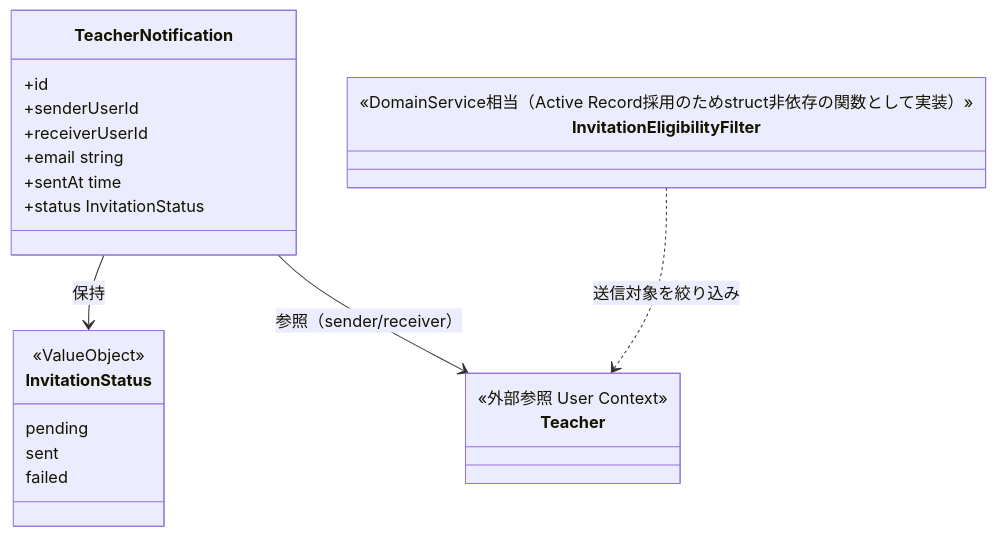
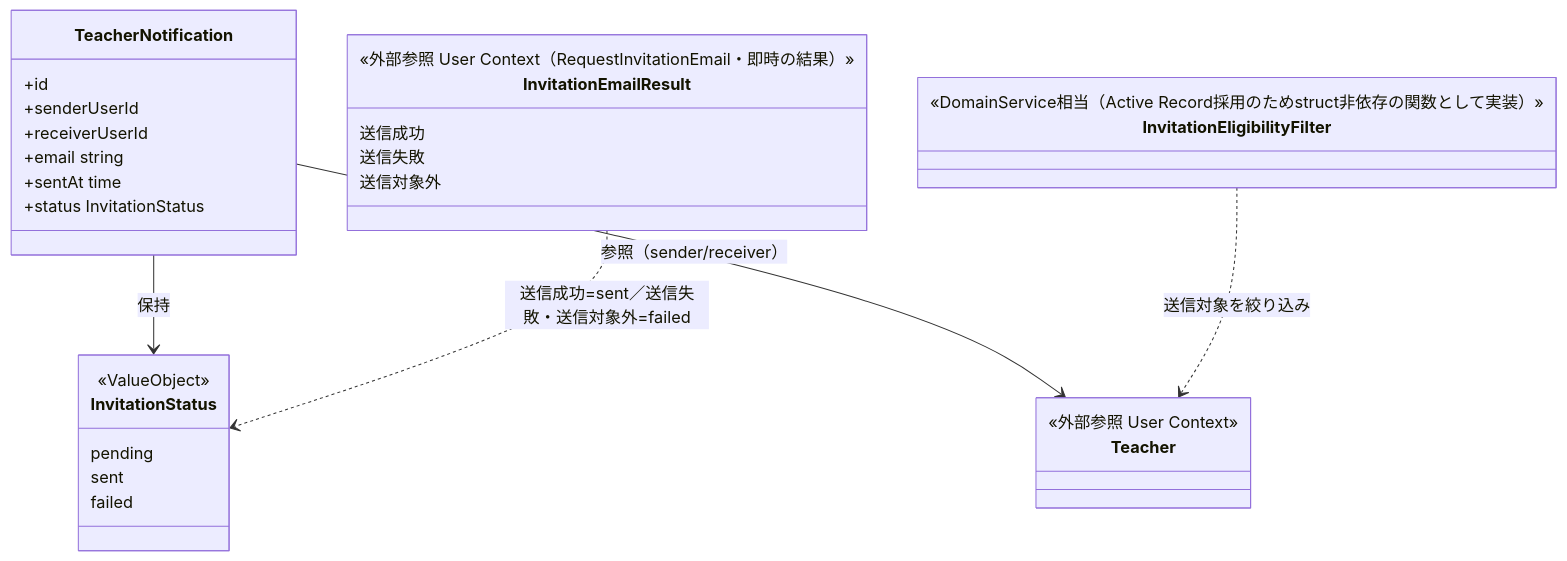
One commit to yuta20253/edu-platform-go-design changed the first of 2 diagrams in 計画書/GO移行・設計仕様書/教員招待通知機能_Go移行・設計仕様書.md. Above: the diagram before and after it, drawn with Mermaid. The commit also changed other lines of this file and 34 other files, not shown here.

````diff
--- a/計画書/GO移行・設計仕様書/教員招待通知機能_Go移行・設計仕様書.md
+++ b/計画書/GO移行・設計仕様書/教員招待通知機能_Go移行・設計仕様書.md
@@ -148,27 +155,34 @@
 ```mermaid
 classDiagram
     class TeacherNotification {
       +id
       +senderUserId
       +receiverUserId
       +email string
       +sentAt time
       +status InvitationStatus
     }
     class InvitationStatus {
       <<ValueObject>>
       pending
       sent
       failed
     }
     class InvitationEligibilityFilter {
       <<DomainService相当（Active Record採用のためstruct非依存の関数として実装）>>
     }
     class Teacher {
       <<外部参照 User Context>>
     }
+    class InvitationEmailResult {
+      <<外部参照 User Context（RequestInvitationEmail・即時の結果）>>
+      送信成功
+      送信失敗
+      送信対象外
+    }
 
     TeacherNotification --> InvitationStatus : 保持
     TeacherNotification --> Teacher : 参照（sender/receiver）
     InvitationEligibilityFilter ..> Teacher : 送信対象を絞り込み
+    InvitationEmailResult ..> InvitationStatus : 送信成功=sent／送信失敗・送信対象外=failed
 ```
````
